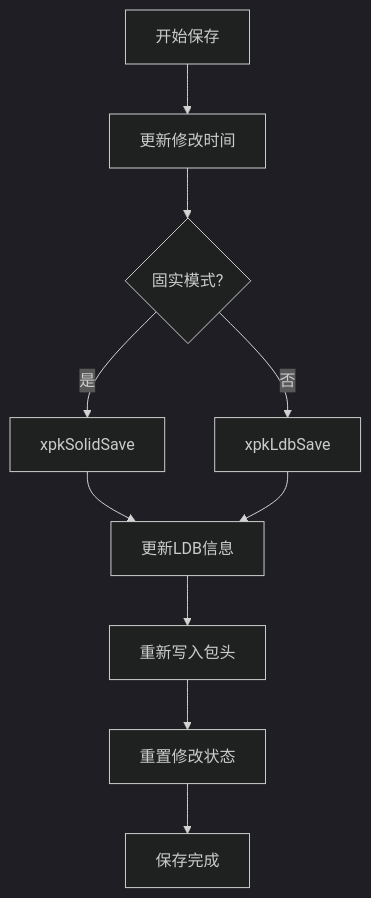
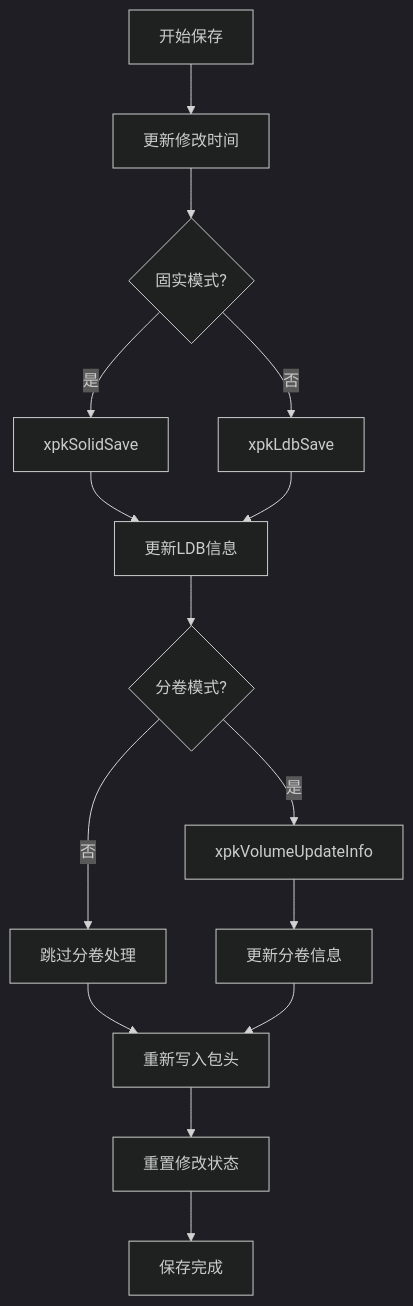
The fifth of 8 diagrams in .qoder/repowiki/zh/content/API参考手册/核心API函数.md (xywhsoft/xpack), drawn with Mermaid (dark theme) before and after one commit. The commit also changed other lines of this file and 42 other files, not shown here.

````diff
--- a/.qoder/repowiki/zh/content/API参考手册/核心API函数.md
+++ b/.qoder/repowiki/zh/content/API参考手册/核心API函数.md
@@ -391,12 +414,17 @@
 ```mermaid
 flowchart TD
 A[开始保存] --> B[更新修改时间]
 B --> C{固实模式?}
 C --> |是| D[xpkSolidSave]
 C --> |否| E[xpkLdbSave]
 D --> F[更新LDB信息]
 E --> F
-F --> G[重新写入包头]
-G --> H[重置修改状态]
-H --> I[保存完成]
+F --> G{分卷模式?}
+G --> |是| H[xpkVolumeUpdateInfo]
+G --> |否| I[跳过分卷处理]
+H --> J[更新分卷信息]
+I --> K[重新写入包头]
+J --> K
+K --> L[重置修改状态]
+L --> M[保存完成]
 ```
````
